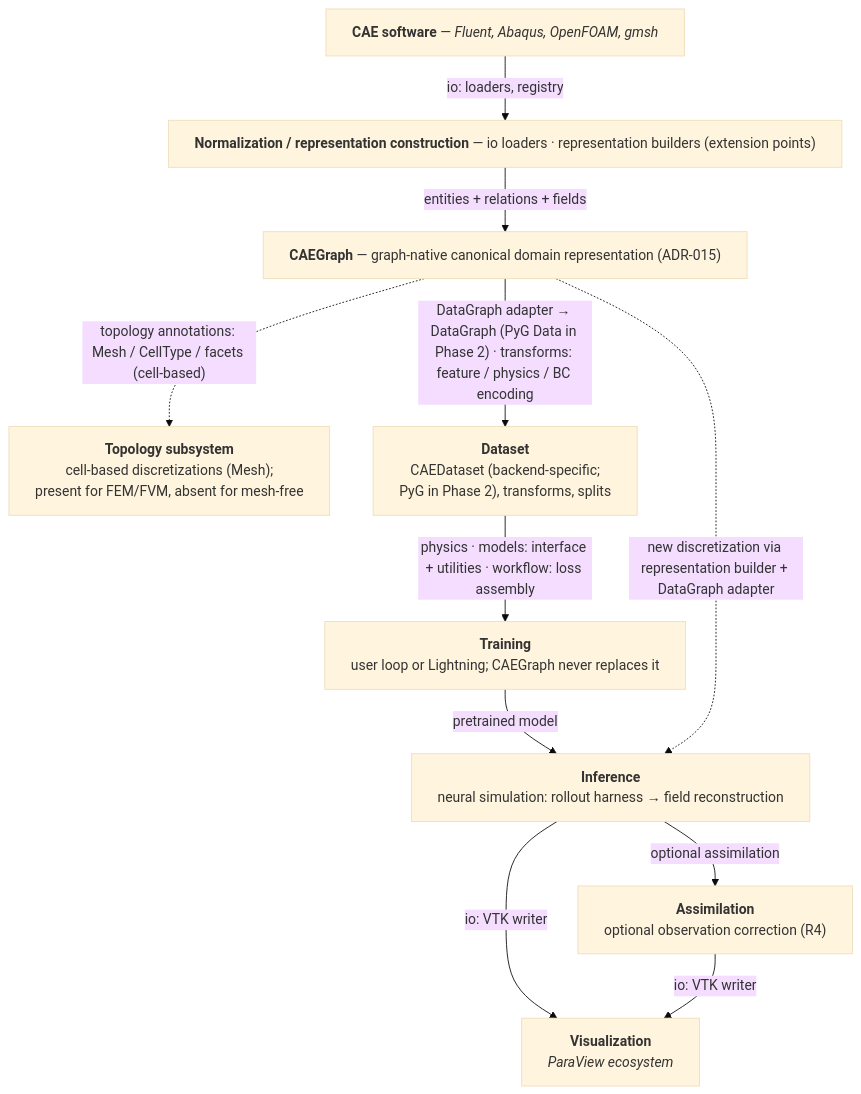
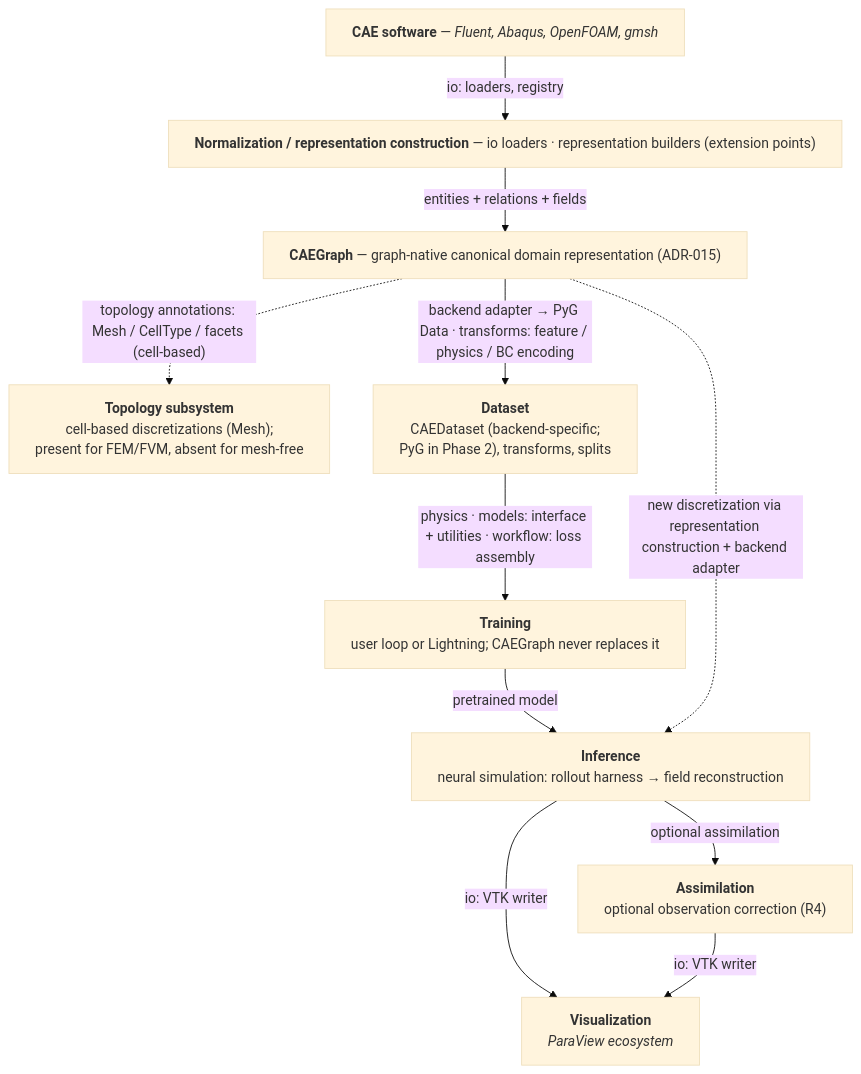
One commit to XYChouMian/caegraph changed the first of 5 diagrams in architecture/ARCHITECTURE.md. Above: the diagram before and after it, drawn with Mermaid (base theme). The commit also changed other lines of this file and 14 other files, not shown here.

Commit message:
docs(architecture): resolve representation terminology ambiguities

````diff
--- a/architecture/ARCHITECTURE.md
+++ b/architecture/ARCHITECTURE.md
@@ -20,27 +20,27 @@
 ```mermaid
 flowchart TD
     classDef nowrap white-space:nowrap
 
     A["<b>CAE software</b> — <i>Fluent, Abaqus, OpenFOAM, gmsh</i>"]
     B["<b>Normalization / representation construction</b> — io loaders · representation builders (extension points)"]
     C["<b>CAEGraph</b> — graph-native canonical domain representation (ADR-015)"]
     T["<b>Topology subsystem</b><br>cell-based discretizations (Mesh);<br>present for FEM/FVM, absent for mesh-free"]
     D["<b>Dataset</b><br>CAEDataset (backend-specific;<br>PyG in Phase 2), transforms, splits"]
     E["<b>Training</b><br>user loop or Lightning; CAEGraph never replaces it"]
     F["<b>Inference</b><br>neural simulation: rollout harness → field reconstruction"]
     G["<b>Assimilation</b><br>optional observation correction (R4)"]
     H["<b>Visualization</b><br><i>ParaView ecosystem</i>"]
 
     A -->|"io: loaders, registry"| B
     B -->|"entities + relations + fields"| C
-    C -->|"DataGraph adapter → DataGraph (PyG Data in Phase 2) · transforms: feature / physics / BC encoding"| D
+    C -->|"backend adapter → PyG Data · transforms: feature / physics / BC encoding"| D
     D -->|"physics · models: interface + utilities · workflow: loss assembly"| E
     E -->|"pretrained model"| F
-    C -.->|"new discretization via representation builder + DataGraph adapter"| F
+    C -.->|"new discretization via representation construction + backend adapter"| F
     C -.->|"topology annotations: Mesh / CellType / facets (cell-based)"| T
     F -->|"io: VTK writer"| H
     F -->|"optional assimilation"| G
     G -->|"io: VTK writer"| H
 
     class A,B,C,D,E,F,G,H,T nowrap
 ```
````
